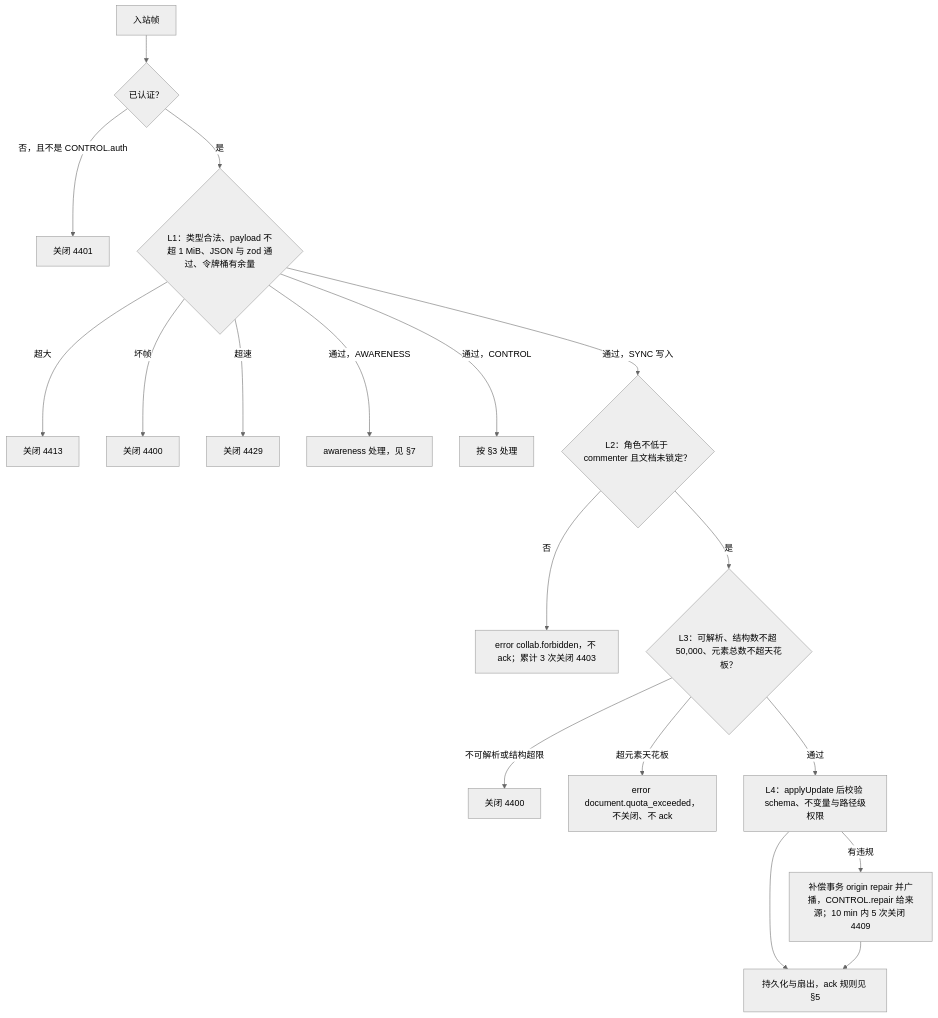
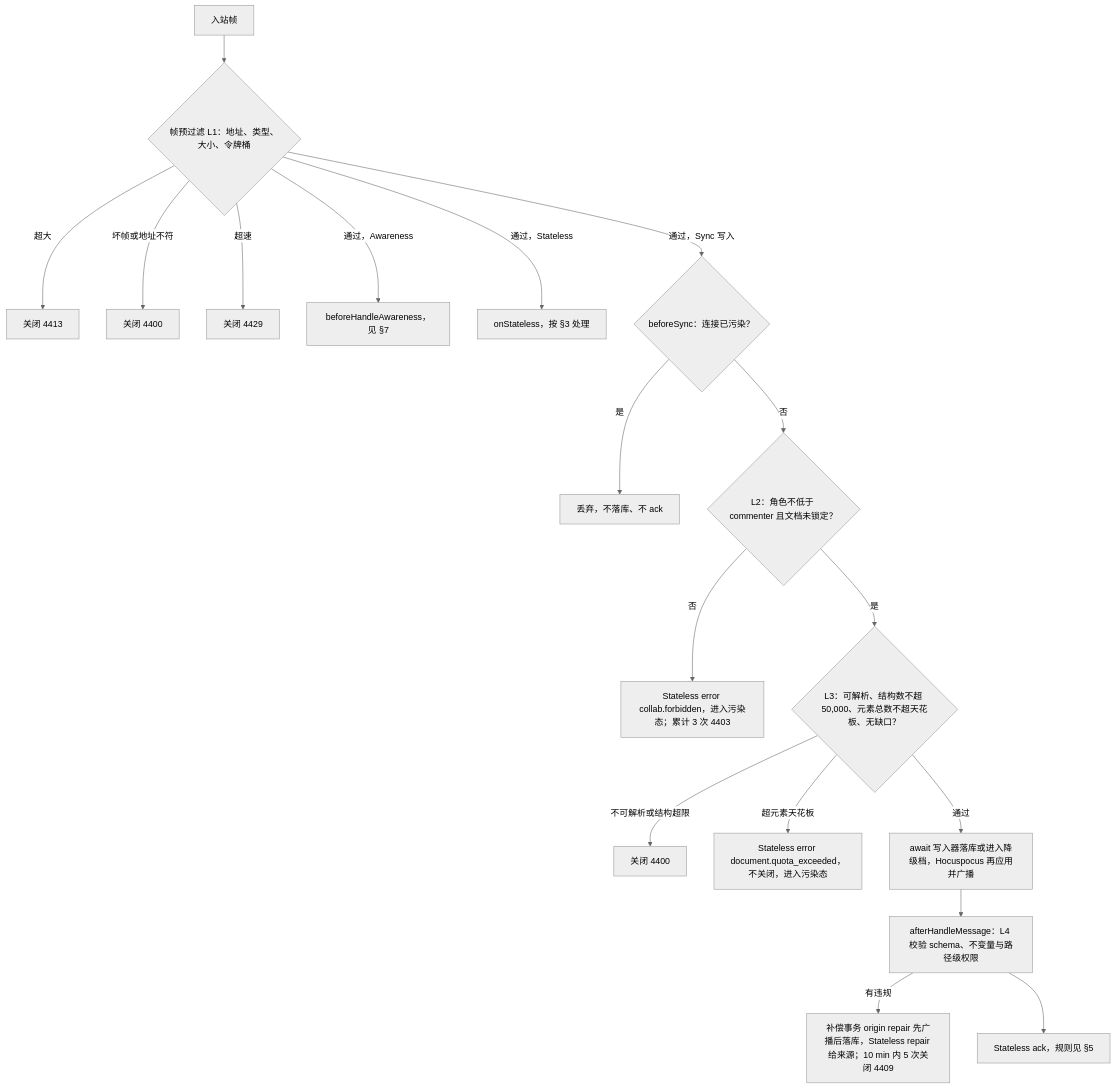
The third of 5 diagrams in docs/60-backend/16-ws-protocol-server-view.md (Xeonice/cordis-ppt-editor), drawn with Mermaid (neutral theme) before and after one commit. The commit also changed other lines of this file and 19 other files, not shown here.

````diff
--- a/docs/60-backend/16-ws-protocol-server-view.md
+++ b/docs/60-backend/16-ws-protocol-server-view.md
@@ -138,20 +147,20 @@
 ```mermaid
 flowchart TB
-  frame["入站帧"] --> auth{"已认证？"}
-  auth -- "否，且不是 CONTROL.auth" --> c4401["关闭 4401"]
-  auth -- "是" --> l1{"L1：类型合法、payload 不超 1 MiB、JSON 与 zod 通过、令牌桶有余量"}
-  l1 -- "超大" --> c4413["关闭 4413"]
-  l1 -- "坏帧" --> c4400a["关闭 4400"]
-  l1 -- "超速" --> c4429["关闭 4429"]
-  l1 -- "通过，AWARENESS" --> aw["awareness 处理，见 §7"]
-  l1 -- "通过，CONTROL" --> ctl["按 §3 处理"]
-  l1 -- "通过，SYNC 写入" --> l2{"L2：角色不低于 commenter 且文档未锁定？"}
-  l2 -- "否" --> e403["error collab.forbidden，不 ack；累计 3 次关闭 4403"]
-  l2 -- "是" --> l3{"L3：可解析、结构数不超 50,000、元素总数不超天花板？"}
+  frame["入站帧"] --> pre{"帧预过滤 L1：地址、类型、大小、令牌桶"}
+  pre -- "超大" --> c4413["关闭 4413"]
+  pre -- "坏帧或地址不符" --> c4400a["关闭 4400"]
+  pre -- "超速" --> c4429["关闭 4429"]
+  pre -- "通过，Awareness" --> aw["beforeHandleAwareness，见 §7"]
+  pre -- "通过，Stateless" --> ctl["onStateless，按 §3 处理"]
+  pre -- "通过，Sync 写入" --> dirty{"beforeSync：连接已污染？"}
+  dirty -- "是" --> drop["丢弃，不落库、不 ack"]
+  dirty -- "否" --> l2{"L2：角色不低于 commenter 且文档未锁定？"}
+  l2 -- "否" --> e403["Stateless error collab.forbidden，进入污染态；累计 3 次 4403"]
+  l2 -- "是" --> l3{"L3：可解析、结构数不超 50,000、元素总数不超天花板、无缺口？"}
   l3 -- "不可解析或结构超限" --> c4400b["关闭 4400"]
-  l3 -- "超元素天花板" --> eq["error document.quota_exceeded，不关闭、不 ack"]
-  l3 -- "通过" --> l4["L4：applyUpdate 后校验 schema、不变量与路径级权限"]
-  l4 -- "有违规" --> rep["补偿事务 origin repair 并广播，CONTROL.repair 给来源；10 min 内 5 次关闭 4409"]
-  l4 --> persist["持久化与扇出，ack 规则见 §5"]
-  rep --> persist
+  l3 -- "超元素天花板" --> eq["Stateless error document.quota_exceeded，不关闭，进入污染态"]
+  l3 -- "通过" --> persist["await 写入器落库或进入降级档，Hocuspocus 再应用并广播"]
+  persist --> l4["afterHandleMessage：L4 校验 schema、不变量与路径级权限"]
+  l4 -- "有违规" --> rep["补偿事务 origin repair 先广播后落库，Stateless repair 给来源；10 min 内 5 次关闭 4409"]
+  l4 --> ackn["Stateless ack，规则见 §5"]
 ```
````
